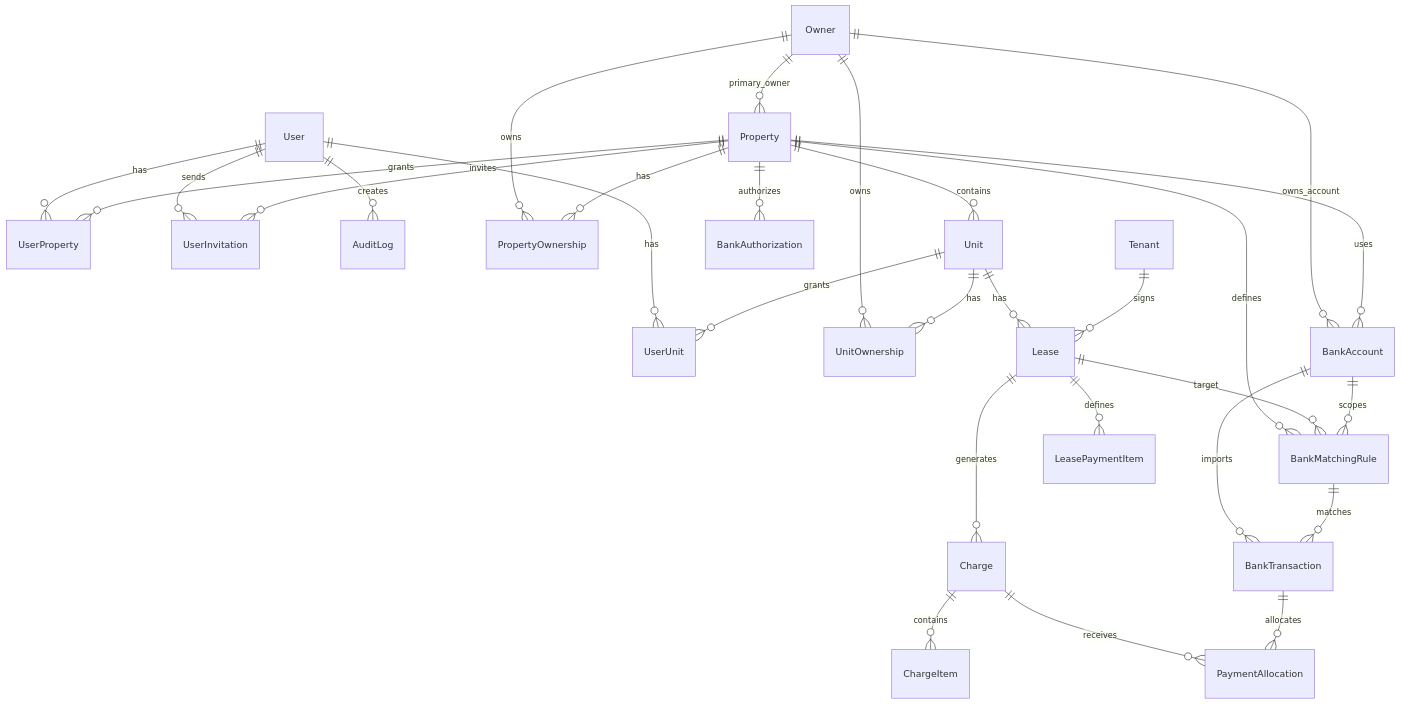
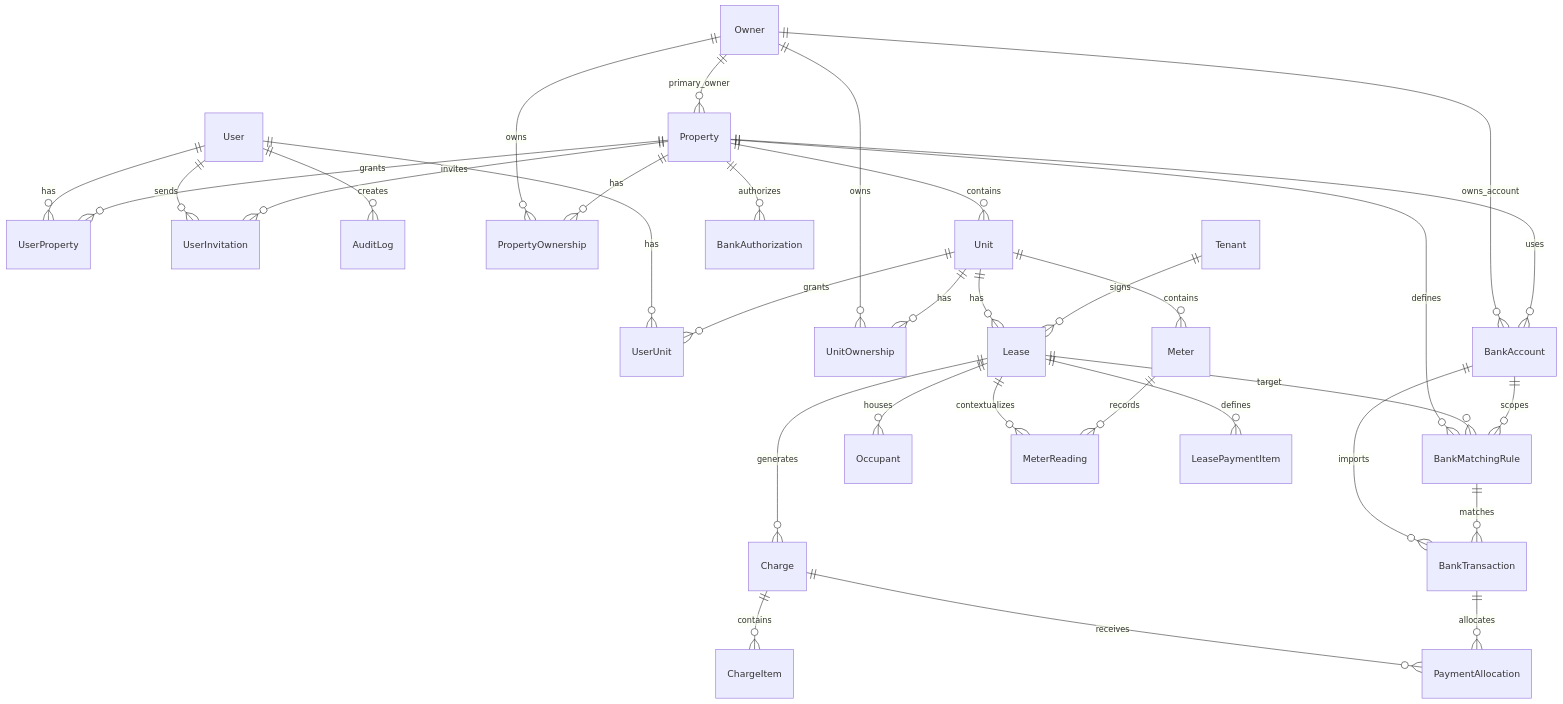
The diagram in ARCHITECTURE.md (osoha/flatcloud), drawn with Mermaid before and after one commit. The commit also changed other lines of this file and 23 other files, not shown here.

````diff
--- a/ARCHITECTURE.md
+++ b/ARCHITECTURE.md
@@ -408,37 +450,41 @@
 ```mermaid
 erDiagram
     User ||--o{ UserProperty : has
     User ||--o{ UserUnit : has
     User ||--o{ UserInvitation : sends
     User ||--o{ AuditLog : creates
 
     Owner ||--o{ Property : primary_owner
     Owner ||--o{ PropertyOwnership : owns
     Owner ||--o{ UnitOwnership : owns
     Owner ||--o{ BankAccount : owns_account
 
     Property ||--o{ PropertyOwnership : has
     Property ||--o{ Unit : contains
     Property ||--o{ UserProperty : grants
     Property ||--o{ UserInvitation : invites
     Property ||--o{ BankAuthorization : authorizes
     Property ||--o{ BankAccount : uses
     Property ||--o{ BankMatchingRule : defines
 
     Unit ||--o{ UnitOwnership : has
     Unit ||--o{ UserUnit : grants
     Unit ||--o{ Lease : has
+    Unit ||--o{ Meter : contains
 
     Tenant ||--o{ Lease : signs
+    Lease ||--o{ Occupant : houses
+    Lease ||--o{ MeterReading : contextualizes
     Lease ||--o{ LeasePaymentItem : defines
+    Meter ||--o{ MeterReading : records
     Lease ||--o{ Charge : generates
     Lease ||--o{ BankMatchingRule : target
 
     Charge ||--o{ ChargeItem : contains
     Charge ||--o{ PaymentAllocation : receives
 
     BankAccount ||--o{ BankTransaction : imports
     BankAccount ||--o{ BankMatchingRule : scopes
     BankMatchingRule ||--o{ BankTransaction : matches
     BankTransaction ||--o{ PaymentAllocation : allocates
 ```
````
